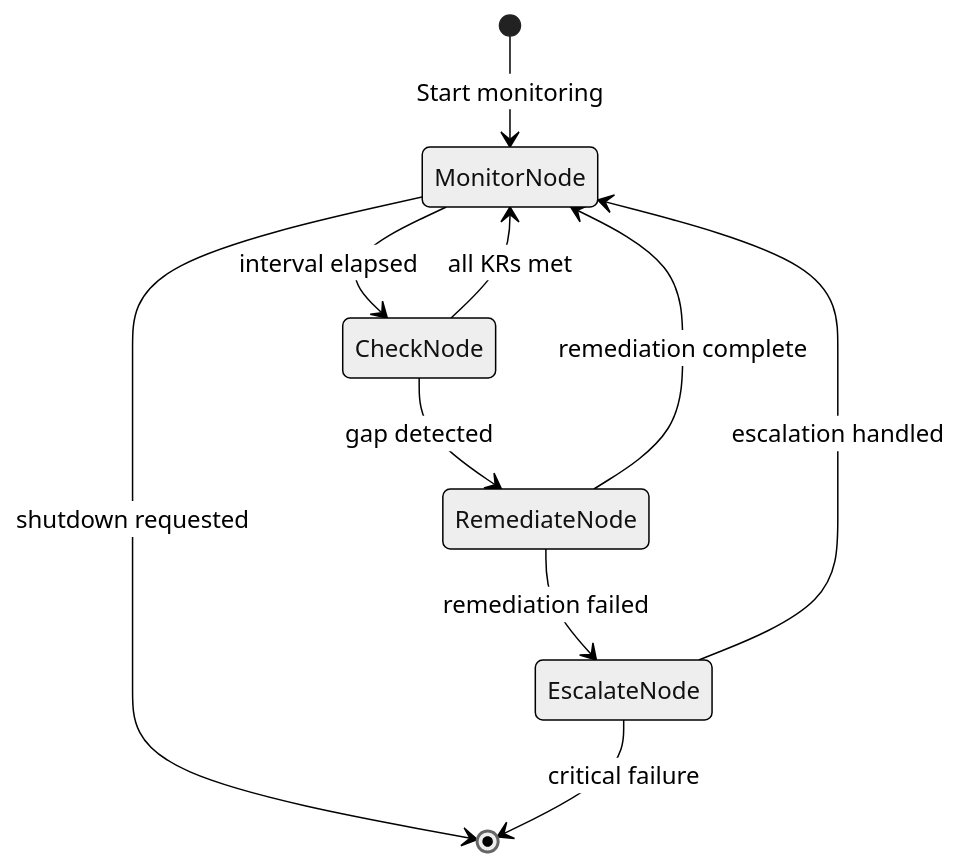
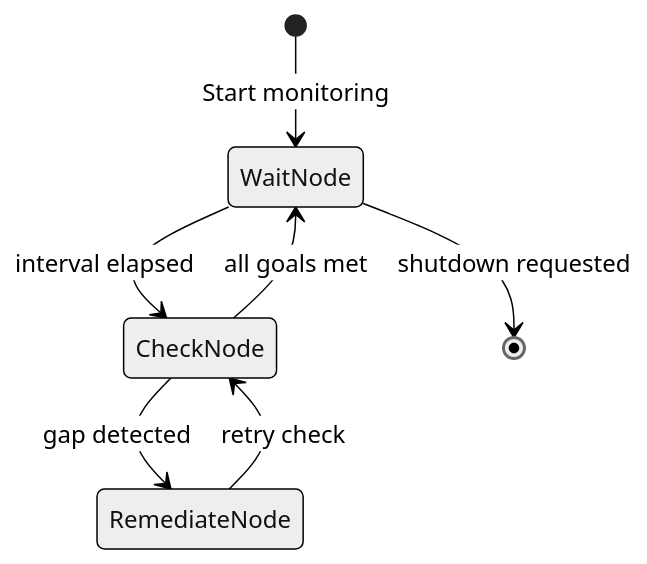
Before and after one commit to runyaga/agentic-patterns-book: the diagram in dev/specs/missing-patterns/spec-11-teleological-engine.md, drawn with Mermaid (neutral theme). The commit also changed other lines of this file and 7 other files, not shown here.

````diff
--- a/dev/specs/missing-patterns/spec-11-teleological-engine.md
+++ b/dev/specs/missing-patterns/spec-11-teleological-engine.md
@@ -36,16 +36,12 @@
 ```mermaid
 stateDiagram-v2
-    [*] --> MonitorNode: Start monitoring
+    [*] --> WaitNode: Start monitoring
 
-    MonitorNode --> CheckNode: interval elapsed
-    MonitorNode --> [*]: shutdown requested
+    WaitNode --> CheckNode: interval elapsed
+    WaitNode --> [*]: shutdown requested
 
-    CheckNode --> MonitorNode: all KRs met
+    CheckNode --> WaitNode: all goals met
     CheckNode --> RemediateNode: gap detected
 
-    RemediateNode --> MonitorNode: remediation complete
-    RemediateNode --> EscalateNode: remediation failed
-
-    EscalateNode --> MonitorNode: escalation handled
-    EscalateNode --> [*]: critical failure
+    RemediateNode --> CheckNode: retry check
 ```
````
